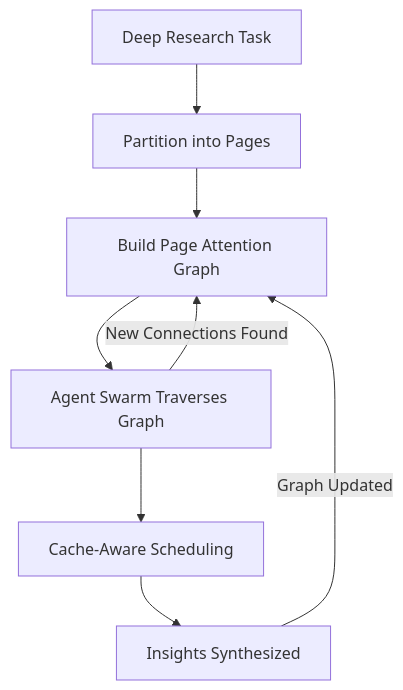
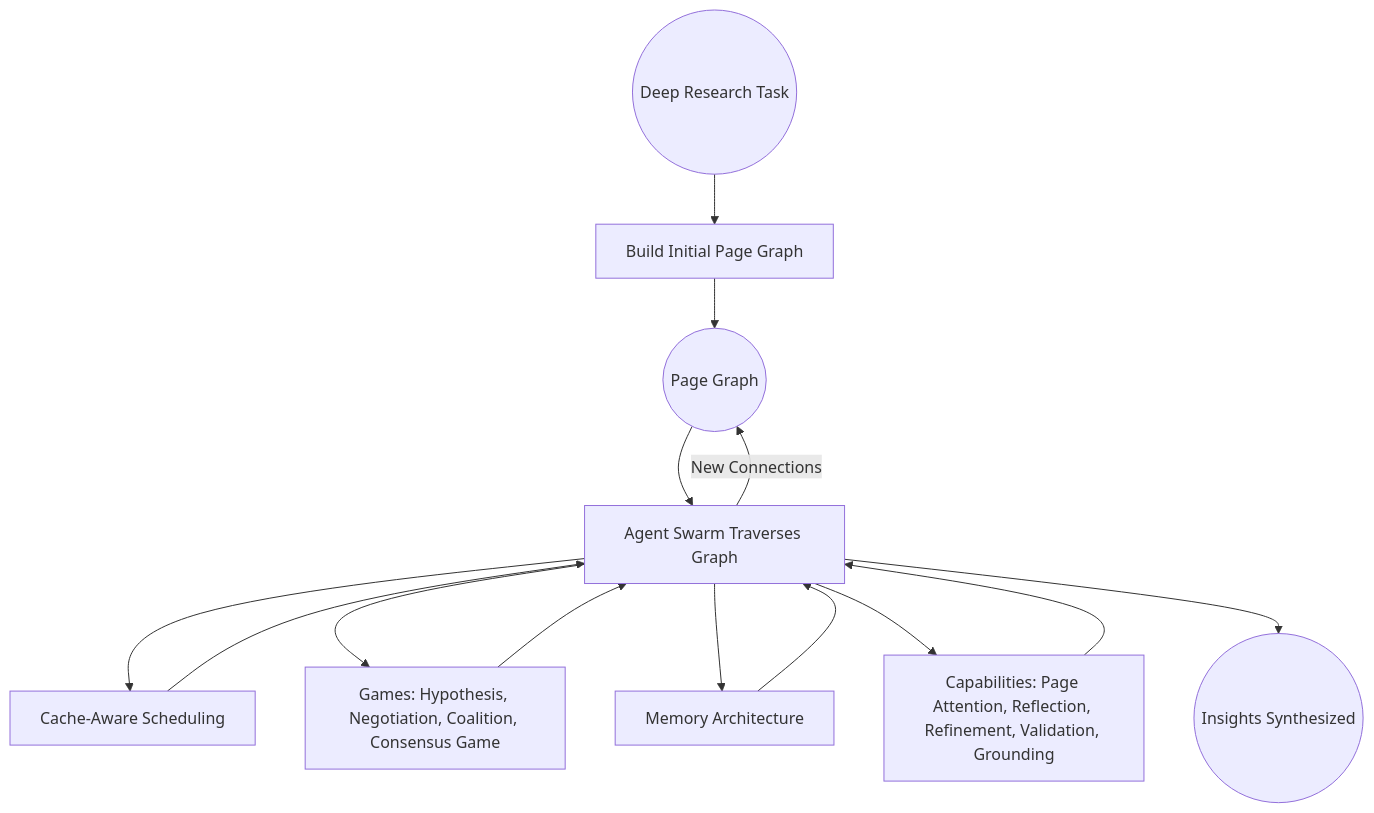
Before and after one commit to Polymathera/colony: the diagram in docs/philosophy/index.md, drawn with Mermaid. The commit also changed other lines of this file and 5 other files, not shown here.

````diff
--- a/docs/philosophy/index.md
+++ b/docs/philosophy/index.md
@@ -25,10 +30,11 @@
 ```mermaid
 graph TD
-    A[Deep Research Task] --> B[Partition into Pages]
-    B --> C[Build Page Attention Graph]
-    C --> D[Agent Swarm Traverses Graph]
-    D --> E[Cache-Aware Scheduling]
-    E --> F[Insights Synthesized]
-    F --> |Graph Updated| C
-    D --> |New Connections Found| C
+    A((Deep Research Task)) --> B[Build Initial Page Graph]
+    B --> PG((Page Graph))
+    PG --> MAS[Agent Swarm Traverses Graph] --> |New Connections| PG
+    MAS --> CAS[Cache-Aware Scheduling] --> MAS
+    MAS --> G[Games: Hypothesis, Negotiation, Coalition, Consensus Game] --> MAS
+    MAS --> M[Memory Architecture] --> MAS
+    MAS --> CAP[Capabilities: Page Attention, Reflection, Refinement, Validation, Grounding] --> MAS
+    MAS --> F((Insights Synthesized))
 ```
````
